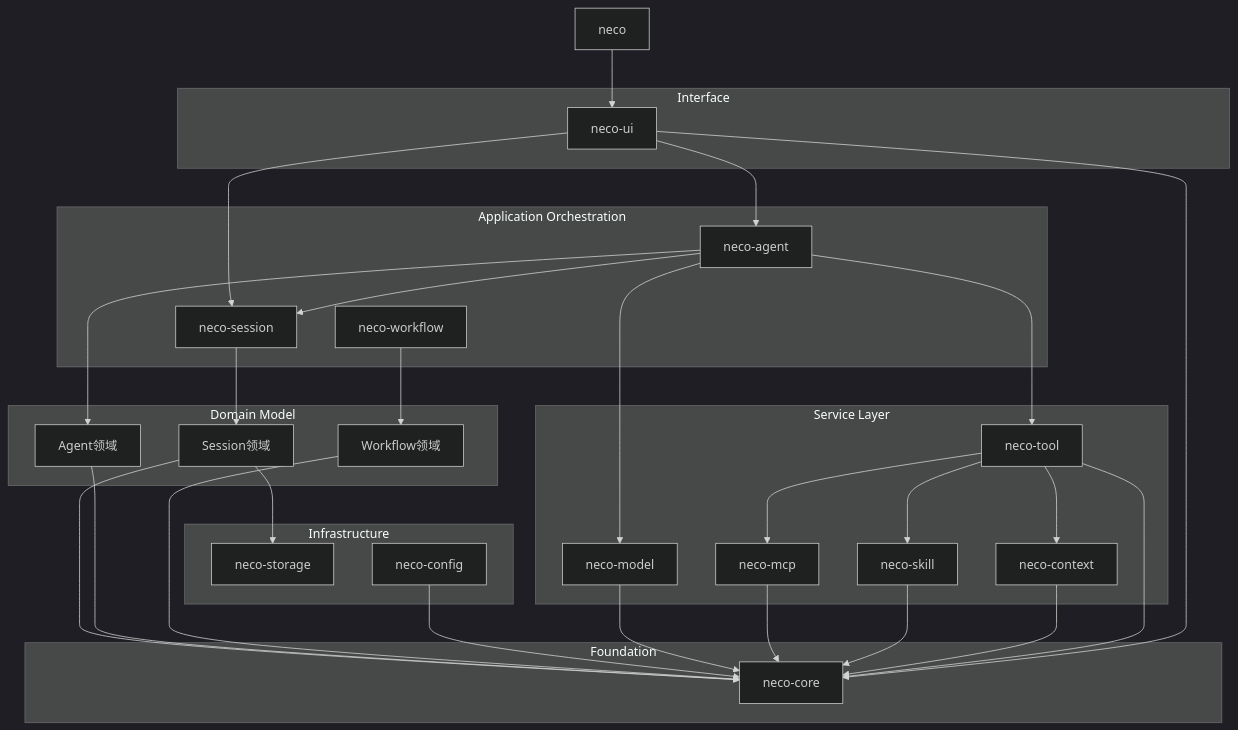
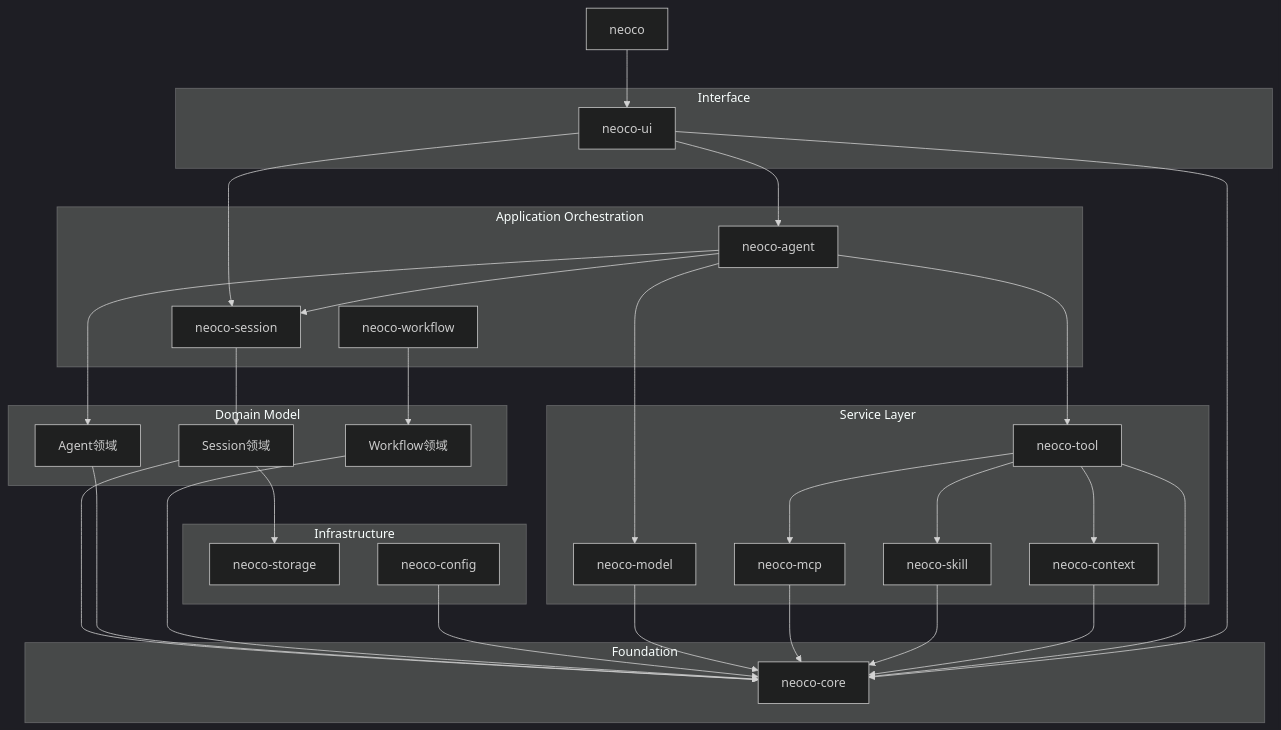
Before and after one commit to MiyakoMeow/neco: the fourth of 18 diagrams in progress/TECH.md, drawn with Mermaid (dark theme). The commit also changed other lines of this file and 14 other files, not shown here.

````diff
--- a/progress/TECH.md
+++ b/progress/TECH.md
@@ -174,67 +174,67 @@
 ```mermaid
 graph TD
-    neco[neco]
+    neoco[neoco]
     
     subgraph "Interface"
-        ui[neco-ui]
+        ui[neoco-ui]
     end
     
     subgraph "Application Orchestration"
-        agent[neco-agent]
-        workflow[neco-workflow]
-        session[neco-session]
+        agent[neoco-agent]
+        workflow[neoco-workflow]
+        session[neoco-session]
     end
     
     subgraph "Domain Model"
         session_domain[Session领域]
         agent_domain[Agent领域]
         workflow_domain[Workflow领域]
     end
     
     subgraph "Service Layer"
-        model[neco-model]
-        mcp[neco-mcp]
-        skill[neco-skill]
-        context[neco-context]
-        tool[neco-tool]
+        model[neoco-model]
+        mcp[neoco-mcp]
+        skill[neoco-skill]
+        context[neoco-context]
+        tool[neoco-tool]
     end
     
     subgraph "Infrastructure"
-        storage[neco-storage]
-        config[neco-config]
+        storage[neoco-storage]
+        config[neoco-config]
     end
     
     subgraph "Foundation"
-        core[neco-core]
+        core[neoco-core]
     end
     
-    neco --> ui
+    neoco --> ui
     
     ui --> session
     ui --> agent
     
     session --> session_domain
     workflow --> workflow_domain
     agent --> agent_domain
     
     agent --> model
     agent --> tool
     agent --> session
     
     tool --> mcp
     tool --> skill
     tool --> context
     
     session_domain --> storage
     session_domain --> core
     agent_domain --> core
     workflow_domain --> core
     
     config --> core
     model --> core
     mcp --> core
     skill --> core
     context --> core
     tool --> core
     ui --> core
 ```
````
